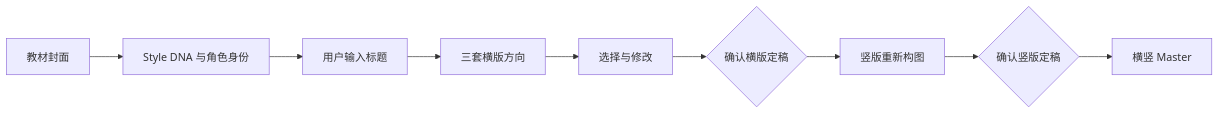
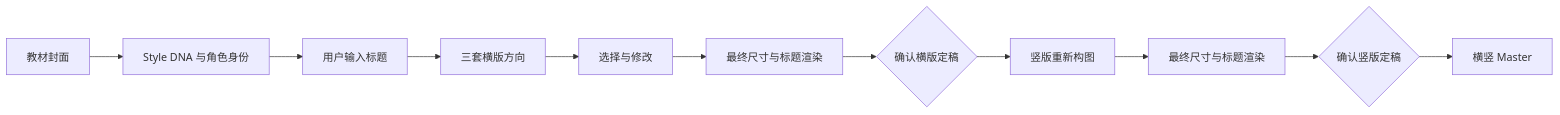
One commit to liuxiaoliu2019/certificate-template-studio changed the first of 2 diagrams in README.md. Above: the diagram before and after it, drawn with Mermaid. The commit also changed other lines of this file and 36 other files, not shown here.

````diff
--- a/README.md
+++ b/README.md
@@ -34,11 +37,13 @@
 ```mermaid
 flowchart LR
     A[教材封面] --> B[Style DNA 与角色身份]
     B --> C[用户输入标题]
     C --> D[三套横版方向]
     D --> E[选择与修改]
-    E --> F{确认横版定稿}
-    F --> G[竖版重新构图]
-    G --> H{确认竖版定稿}
-    H --> I[横竖 Master]
+    E --> F[最终尺寸与标题渲染]
+    F --> G{确认横版定稿}
+    G --> H[竖版重新构图]
+    H --> I[最终尺寸与标题渲染]
+    I --> J{确认竖版定稿}
+    J --> K[横竖 Master]
 ```
````
